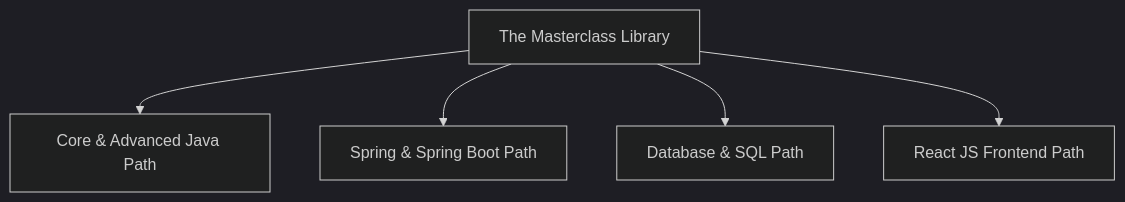
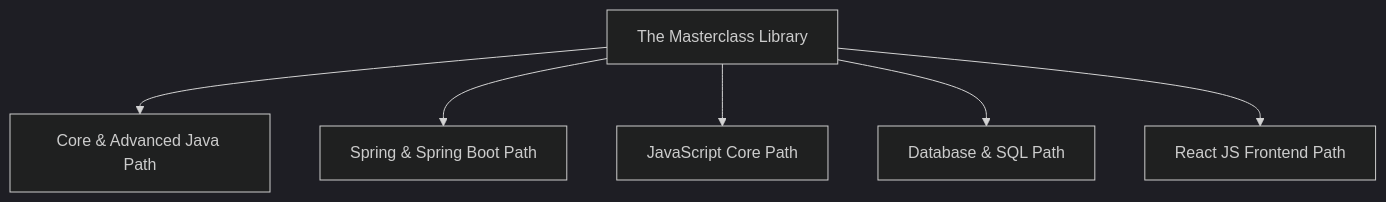
One commit to VishalH01/Java_Notes changed the diagram in README.md. Above: the diagram before and after it, drawn with Mermaid (dark theme). The commit also changed other lines of this file and 12 other files, not shown here.

Commit message:
Added complete JavaScript Course Track with 10 topics and 50 coding interview questions

````diff
--- a/README.md
+++ b/README.md
@@ -13,12 +13,14 @@
 ```mermaid
 graph TD
     Root[The Masterclass Library] --> JavaTrack[Core & Advanced Java Path]
     Root --> SpringBootTrack[Spring & Spring Boot Path]
+    Root --> JavaScriptTrack[JavaScript Core Path]
     Root --> SQLTrack[Database & SQL Path]
     Root --> ReactTrack[React JS Frontend Path]
     
     click JavaTrack "Java/README.md" "Open Java Path"
     click SpringBootTrack "SpringBoot/README.md" "Open Spring Boot Path"
+    click JavaScriptTrack "JavaScript/README.md" "Open JavaScript Path"
     click SQLTrack "SQL/README.md" "Open SQL Path"
     click ReactTrack "React/README.md" "Open React Path"
 ```
````
